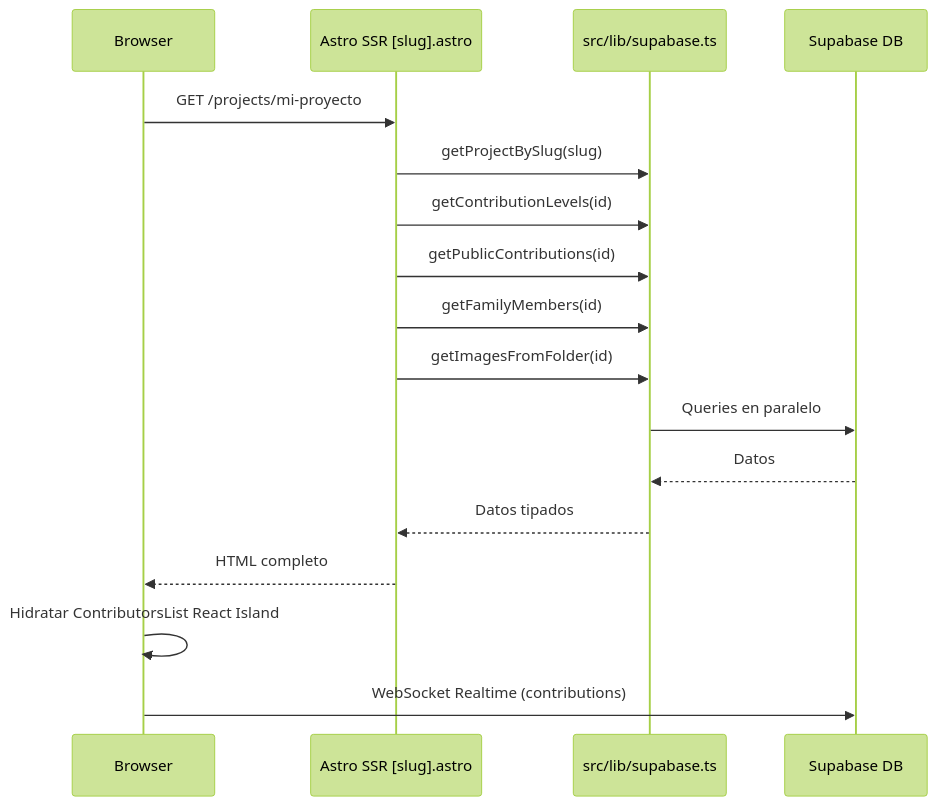
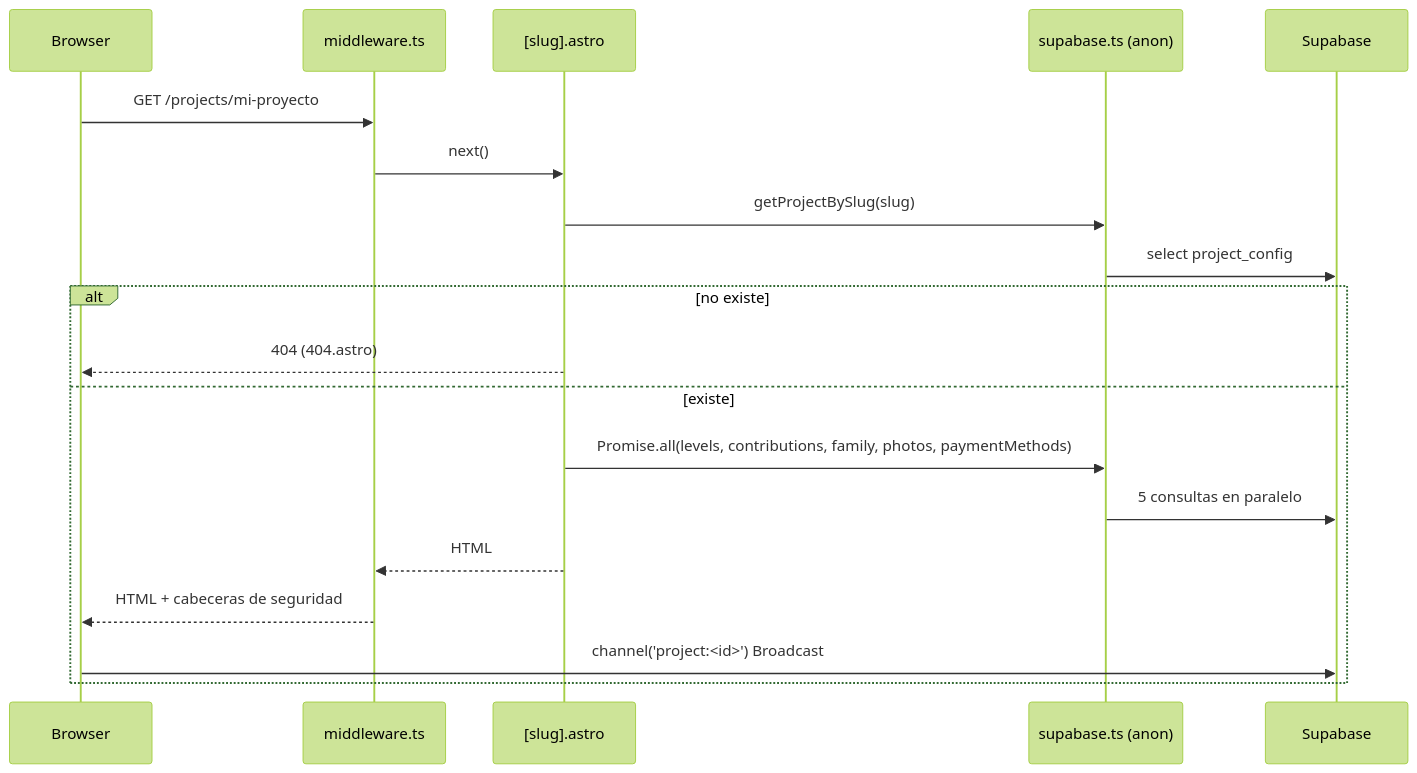
One commit to GallardoNr1/gallardo-crowdfunding changed the second of 5 diagrams in docs/ARCHITECTURE.md. Above: the diagram before and after it, drawn with Mermaid (forest theme). The commit also changed other lines of this file and 10 other files, not shown here.

````diff
--- a/docs/ARCHITECTURE.md
+++ b/docs/ARCHITECTURE.md
@@ -88,20 +110,22 @@
 ```mermaid
 sequenceDiagram
     participant Browser
-    participant AstroSSR as Astro SSR [slug].astro
-    participant SupabaseLib as src/lib/supabase.ts
-    participant DB as Supabase DB
+    participant MW as middleware.ts
+    participant Page as [slug].astro
+    participant Lib as supabase.ts (anon)
+    participant DB as Supabase
 
-    Browser->>AstroSSR: GET /projects/mi-proyecto
-    AstroSSR->>SupabaseLib: getProjectBySlug(slug)
-    AstroSSR->>SupabaseLib: getContributionLevels(id)
-    AstroSSR->>SupabaseLib: getPublicContributions(id)
-    AstroSSR->>SupabaseLib: getFamilyMembers(id)
-    AstroSSR->>SupabaseLib: getImagesFromFolder(id)
-    SupabaseLib->>DB: Queries en paralelo
-    DB-->>SupabaseLib: Datos
-    SupabaseLib-->>AstroSSR: Datos tipados
-    AstroSSR-->>Browser: HTML completo
-    Browser->>Browser: Hidratar ContributorsList React Island
-    Browser->>DB: WebSocket Realtime (contributions)
+    Browser->>MW: GET /projects/mi-proyecto
+    MW->>Page: next()
+    Page->>Lib: getProjectBySlug(slug)
+    Lib->>DB: select project_config
+    alt no existe
+        Page-->>Browser: 404 (404.astro)
+    else existe
+        Page->>Lib: Promise.all(levels, contributions, family, photos, paymentMethods)
+        Lib->>DB: 5 consultas en paralelo
+        Page-->>MW: HTML
+        MW-->>Browser: HTML + cabeceras de seguridad
+        Browser->>DB: channel('project:<id>') Broadcast
+    end
 ```
````
